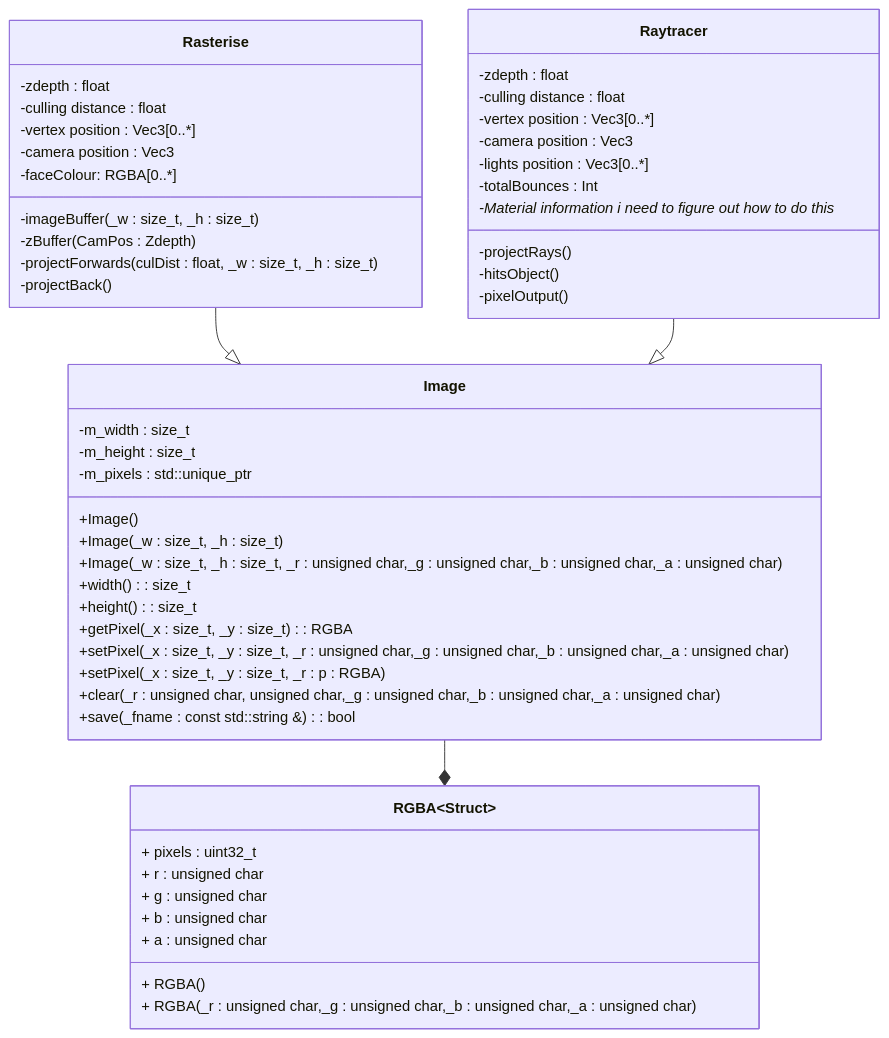
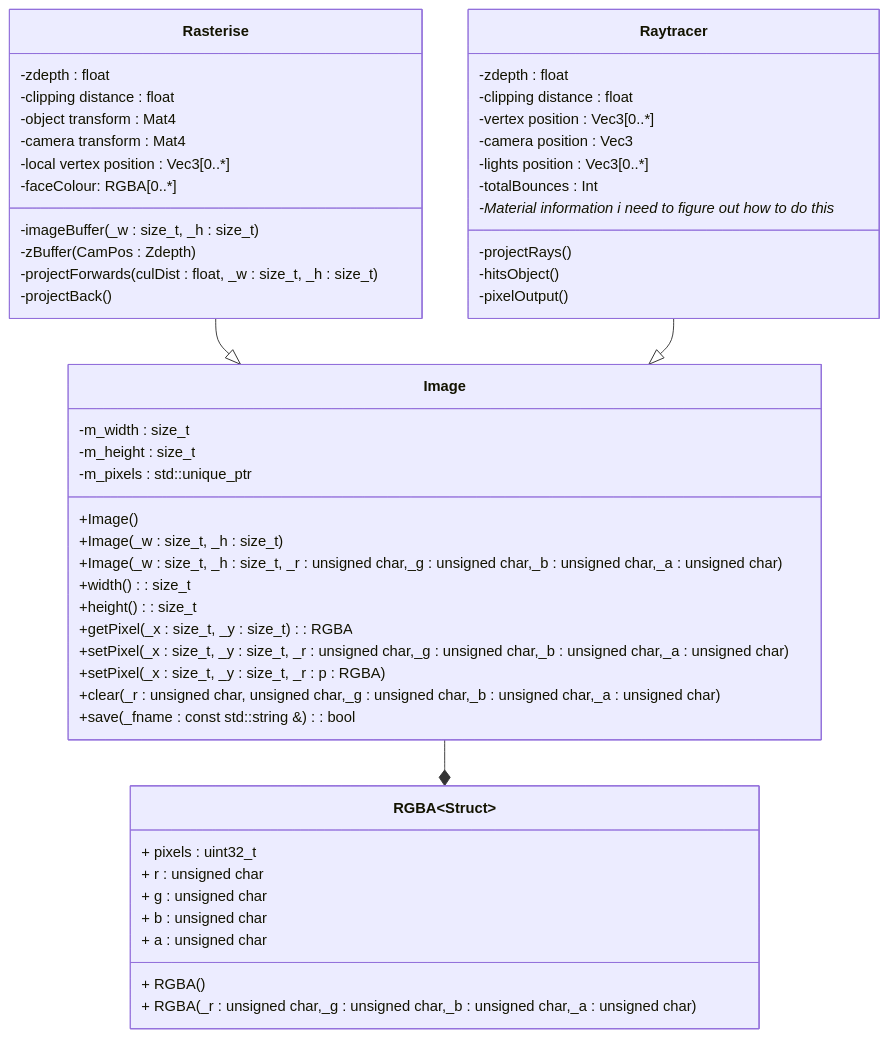
One commit to HarryTombs/Deffered-Shading- changed the first of 3 diagrams in README.md. Above: the diagram before and after it, drawn with Mermaid.

Commit message:
Update README.md
changed a few data types

````diff
--- a/README.md
+++ b/README.md
@@ -44,64 +44,65 @@
 ```mermaid
 classDiagram
 class RGBA~Struct~{
 + pixels : uint32_t
 + r : unsigned char
 + g : unsigned char
 + b : unsigned char
 + a : unsigned char
 + RGBA()
 + RGBA(_r : unsigned char,_g : unsigned char,_b : unsigned char,_a : unsigned char)
 }
 
 class Image{
 -m_width : size_t
 -m_height : size_t
 -m_pixels : std::unique_ptr<RGBA []>
 +Image()
 +Image(_w : size_t, _h : size_t)
 +Image(_w : size_t, _h : size_t, _r : unsigned char,_g : unsigned char,_b : unsigned char,_a : unsigned char)
 +width() : size_t
 +height() : size_t
 +getPixel(_x : size_t, _y : size_t) : RGBA
 +setPixel(_x : size_t, _y : size_t, _r : unsigned char,_g : unsigned char,_b : unsigned char,_a : unsigned char)
 +setPixel(_x : size_t, _y : size_t, _r : p : RGBA)
 +clear(_r : unsigned char, unsigned char,_g : unsigned char,_b : unsigned char,_a : unsigned char)
 +save(_fname : const std::string &) : bool
 }
 
 class Rasterise{
 -zdepth : float
--culling distance : float
--vertex position : Vec3[0..*]
--camera position : Vec3
+-clipping distance : float
+-object transform : Mat4
+-camera transform : Mat4
+-local vertex position : Vec3[0..*]
 -faceColour: RGBA[0..*]
 -imageBuffer(_w : size_t, _h : size_t)
 -zBuffer(CamPos : Zdepth)
 -projectForwards(culDist : float, _w : size_t, _h : size_t)
 -projectBack()
 
 
 }
 
 class Raytracer{
 -zdepth : float
--culling distance : float
+-clipping distance : float
 -vertex position : Vec3[0..*]
 -camera position : Vec3
 -lights position : Vec3[0..*]
 -totalBounces : Int
 -Material information i need to figure out how to do this*
 -projectRays()
 -hitsObject()
 -pixelOutput()
 
 
 }
 
 
 
 Image --* RGBA
 Rasterise --|> Image
 Raytracer --|> Image
 
 ```
````
